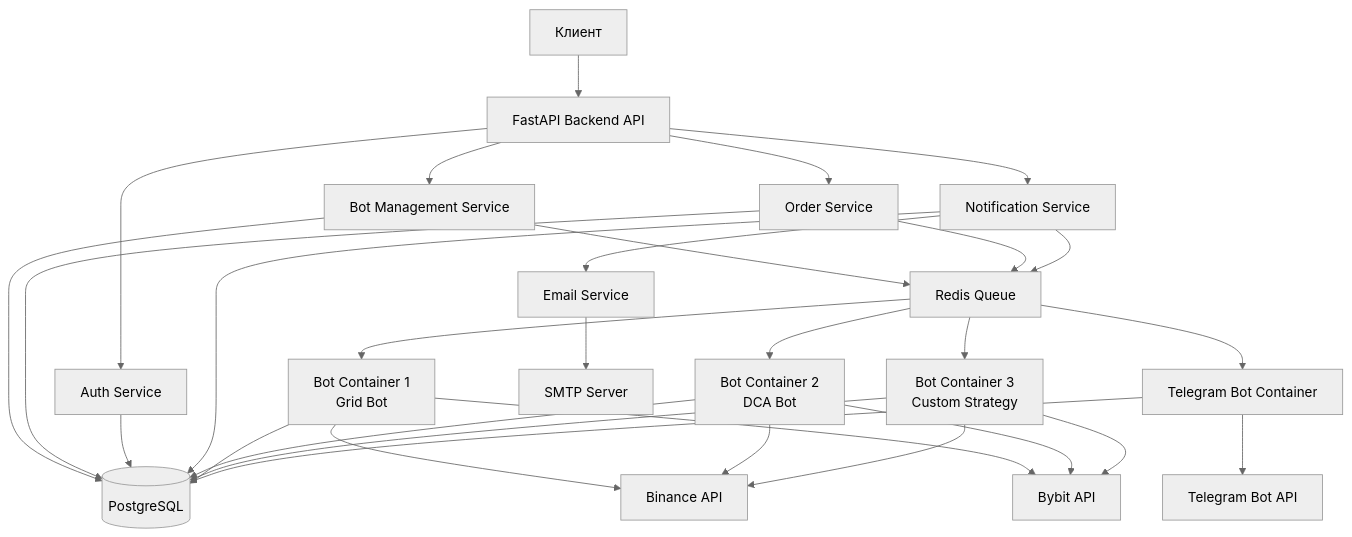
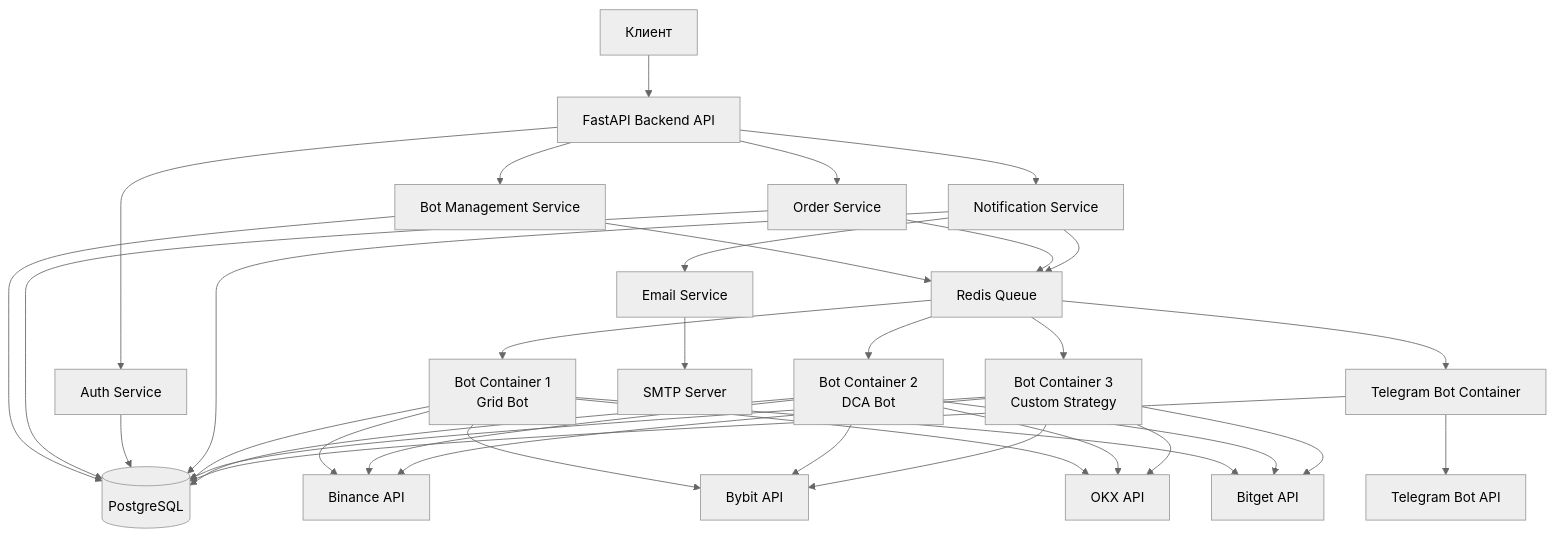
Before and after one commit to ArtsiomDziominski/Python-Trading-Bot: the first of 2 diagrams in DEVELOPMENT_PLAN.md, drawn with Mermaid (neutral theme). The commit also changed other lines of this file and 5 other files, not shown here.

````diff
--- a/DEVELOPMENT_PLAN.md
+++ b/DEVELOPMENT_PLAN.md
@@ -64,38 +64,44 @@
 ```mermaid
 graph TB
     Client[Клиент] --> API[FastAPI Backend API]
     API --> Auth[Auth Service]
     API --> BotService[Bot Management Service]
     API --> OrderService[Order Service]
     API --> NotificationService[Notification Service]
     
     BotService --> DB[(PostgreSQL)]
     OrderService --> DB
     Auth --> DB
     NotificationService --> DB
     
     BotService --> Redis[Redis Queue]
     OrderService --> Redis
     NotificationService --> Redis
     
     Redis --> Bot1[Bot Container 1<br/>Grid Bot]
     Redis --> Bot2[Bot Container 2<br/>DCA Bot]
     Redis --> Bot3[Bot Container 3<br/>Custom Strategy]
     
     Bot1 --> BinanceAPI[Binance API]
     Bot1 --> BybitAPI[Bybit API]
+    Bot1 --> OKXAPI[OKX API]
+    Bot1 --> BitgetAPI[Bitget API]
     Bot2 --> BinanceAPI
     Bot2 --> BybitAPI
+    Bot2 --> OKXAPI
+    Bot2 --> BitgetAPI
     Bot3 --> BinanceAPI
     Bot3 --> BybitAPI
+    Bot3 --> OKXAPI
+    Bot3 --> BitgetAPI
     
     Bot1 --> DB
     Bot2 --> DB
     Bot3 --> DB
     
     Redis --> TelegramBot[Telegram Bot Container]
     TelegramBot --> TelegramAPI[Telegram Bot API]
     TelegramBot --> DB
     NotificationService --> EmailService[Email Service]
     EmailService --> SMTP[SMTP Server]
 ```
````
